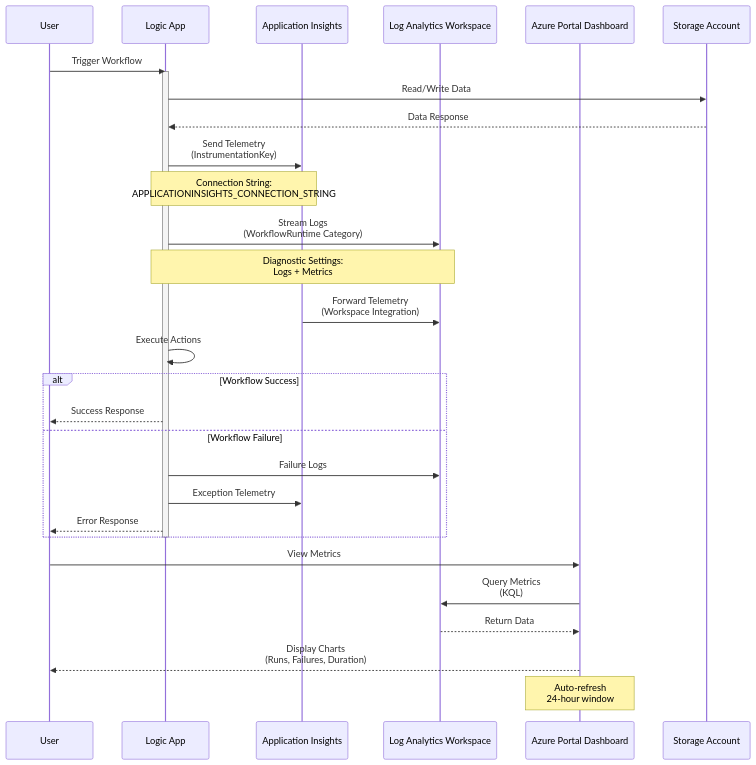
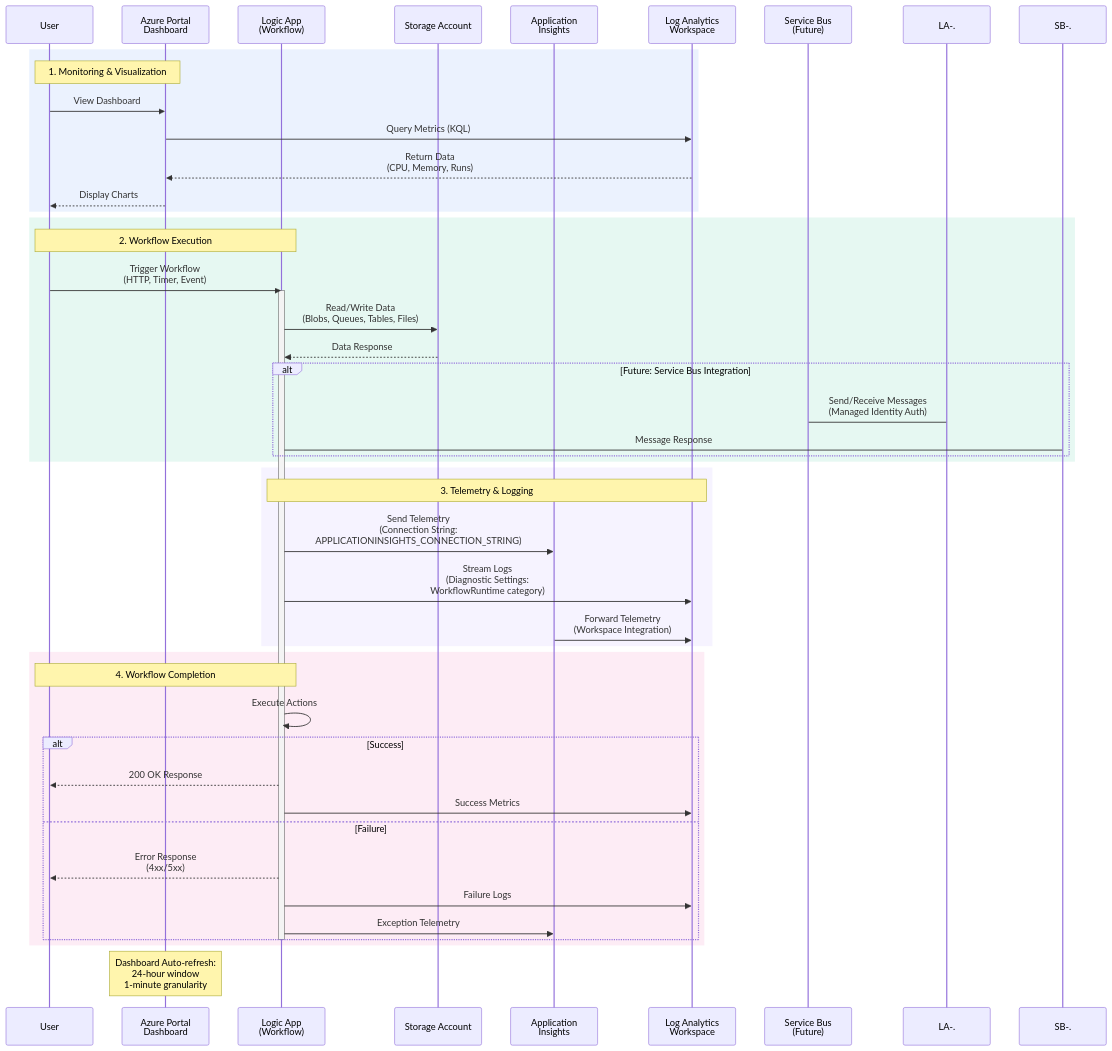
Before and after one commit to Evilazaro/Azure-LogicApps-Monitoring: the second of 2 diagrams in README.md, drawn with Mermaid. The commit also changed other lines of this file, not shown here.

Commit message:
Enhance README.md: Revise project description for clarity, update prerequisites, and improve structure. Add detailed sections on monitoring, security, and infrastructure as code best practices. Update KQL queries for better performance tracking and add links to relevant Azure documentation.

````diff
--- a/README.md
+++ b/README.md
@@ -116,42 +133,58 @@
 ```mermaid
 sequenceDiagram
     participant User
-    participant LA as Logic App
-    participant AI as Application Insights
-    participant LAW as Log Analytics Workspace
-    participant Dashboard as Azure Portal Dashboard
+    participant Portal as Azure Portal<br/>Dashboard
+    participant LA as Logic App<br/>(Workflow)
     participant SA as Storage Account
+    participant AI as Application<br/>Insights
+    participant LAW as Log Analytics<br/>Workspace
+    participant SB as Service Bus<br/>(Future)
     
-    User->>LA: Trigger Workflow
-    activate LA
-    
-    LA->>SA: Read/Write Data
-    SA-->>LA: Data Response
-    
-    LA->>AI: Send Telemetry<br/>(InstrumentationKey)
-    Note over LA,AI: Connection String:<br/>APPLICATIONINSIGHTS_CONNECTION_STRING
-    
-    LA->>LAW: Stream Logs<br/>(WorkflowRuntime Category)
-    Note over LA,LAW: Diagnostic Settings:<br/>Logs + Metrics
-    
-    AI->>LAW: Forward Telemetry<br/>(Workspace Integration)
-    
-    LA->>LA: Execute Actions
-    
-    alt Workflow Success
-        LA-->>User: Success Response
-    else Workflow Failure
-        LA->>LAW: Failure Logs
-        LA->>AI: Exception Telemetry
-        LA-->>User: Error Response
+    rect rgba(59, 130, 246, 0.1)
+        Note over User,Portal: 1. Monitoring & Visualization
+        User->>Portal: View Dashboard
+        Portal->>LAW: Query Metrics (KQL)
+        LAW-->>Portal: Return Data<br/>(CPU, Memory, Runs)
+        Portal-->>User: Display Charts
     end
     
-    deactivate LA
+    rect rgba(16, 185, 129, 0.1)
+        Note over User,LA: 2. Workflow Execution
+        User->>LA: Trigger Workflow<br/>(HTTP, Timer, Event)
+        activate LA
+        
+        LA->>SA: Read/Write Data<br/>(Blobs, Queues, Tables, Files)
+        SA-->>LA: Data Response
+        
+        alt Future: Service Bus Integration
+            LA-.->SB: Send/Receive Messages<br/>(Managed Identity Auth)
+            SB-.->LA: Message Response
+        end
+    end
     
-    User->>Dashboard: View Metrics
-    Dashboard->>LAW: Query Metrics<br/>(KQL)
-    LAW-->>Dashboard: Return Data
-    Dashboard-->>User: Display Charts<br/>(Runs, Failures, Duration)
+    rect rgba(167, 139, 250, 0.1)
+        Note over LA,LAW: 3. Telemetry & Logging
+        LA->>AI: Send Telemetry<br/>(Connection String:<br/>APPLICATIONINSIGHTS_CONNECTION_STRING)
+        LA->>LAW: Stream Logs<br/>(Diagnostic Settings:<br/>WorkflowRuntime category)
+        
+        AI->>LAW: Forward Telemetry<br/>(Workspace Integration)
+    end
     
-    Note over Dashboard: Auto-refresh<br/>24-hour window
+    rect rgba(236, 72, 153, 0.1)
+        Note over LA,User: 4. Workflow Completion
+        LA->>LA: Execute Actions
+        
+        alt Success
+            LA-->>User: 200 OK Response
+            LA->>LAW: Success Metrics
+        else Failure
+            LA-->>User: Error Response<br/>(4xx/5xx)
+            LA->>LAW: Failure Logs
+            LA->>AI: Exception Telemetry
+        end
+        
+        deactivate LA
+    end
+    
+    Note over Portal: Dashboard Auto-refresh:<br/>24-hour window<br/>1-minute granularity
 ```
````
